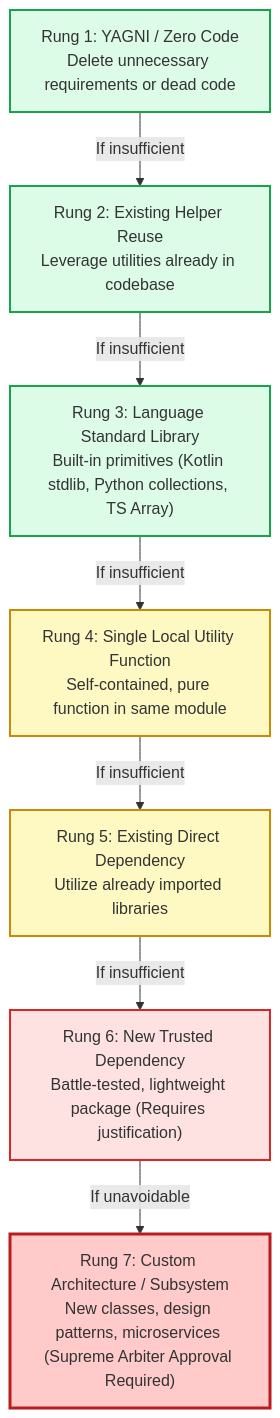
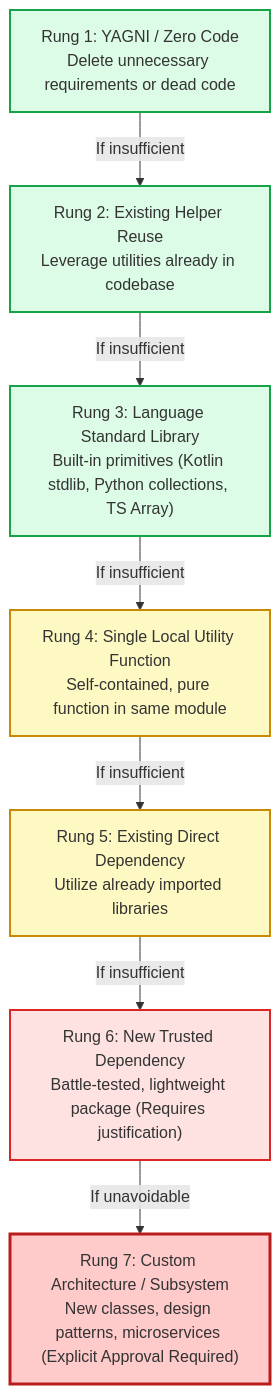
One commit to sherifrad/multi-agent-collaborative-audit changed the fourth of 4 diagrams in docs/FLEET_AND_V2_REFERENCE.md. Above: the diagram before and after it, drawn with Mermaid. The commit also changed other lines of this file and 14 other files, not shown here.

````diff
--- a/docs/FLEET_AND_V2_REFERENCE.md
+++ b/docs/FLEET_AND_V2_REFERENCE.md
@@ -225,25 +221,25 @@
 ```mermaid
 flowchart TD
     R1["Rung 1: YAGNI / Zero Code<br/>Delete unnecessary requirements or dead code"]
     R2["Rung 2: Existing Helper Reuse<br/>Leverage utilities already in codebase"]
     R3["Rung 3: Language Standard Library<br/>Built-in primitives (Kotlin stdlib, Python collections, TS Array)"]
     R4["Rung 4: Single Local Utility Function<br/>Self-contained, pure function in same module"]
     R5["Rung 5: Existing Direct Dependency<br/>Utilize already imported libraries"]
     R6["Rung 6: New Trusted Dependency<br/>Battle-tested, lightweight package (Requires justification)"]
-    R7["Rung 7: Custom Architecture / Subsystem<br/>New classes, design patterns, microservices (Supreme Arbiter Approval Required)"]
+    R7["Rung 7: Custom Architecture / Subsystem<br/>New classes, design patterns, microservices (Explicit Approval Required)"]
 
     R1 -->|If insufficient| R2
     R2 -->|If insufficient| R3
     R3 -->|If insufficient| R4
     R4 -->|If insufficient| R5
     R5 -->|If insufficient| R6
     R6 -->|If unavoidable| R7
 
     style R1 fill:#dcfce7,stroke:#16a34a,stroke-width:2px
     style R2 fill:#dcfce7,stroke:#16a34a,stroke-width:2px
     style R3 fill:#dcfce7,stroke:#16a34a,stroke-width:2px
     style R4 fill:#fef9c3,stroke:#ca8a04,stroke-width:2px
     style R5 fill:#fef9c3,stroke:#ca8a04,stroke-width:2px
     style R6 fill:#fee2e2,stroke:#dc2626,stroke-width:2px
     style R7 fill:#fecaca,stroke:#b91c1c,stroke-width:3px
 ```
````
